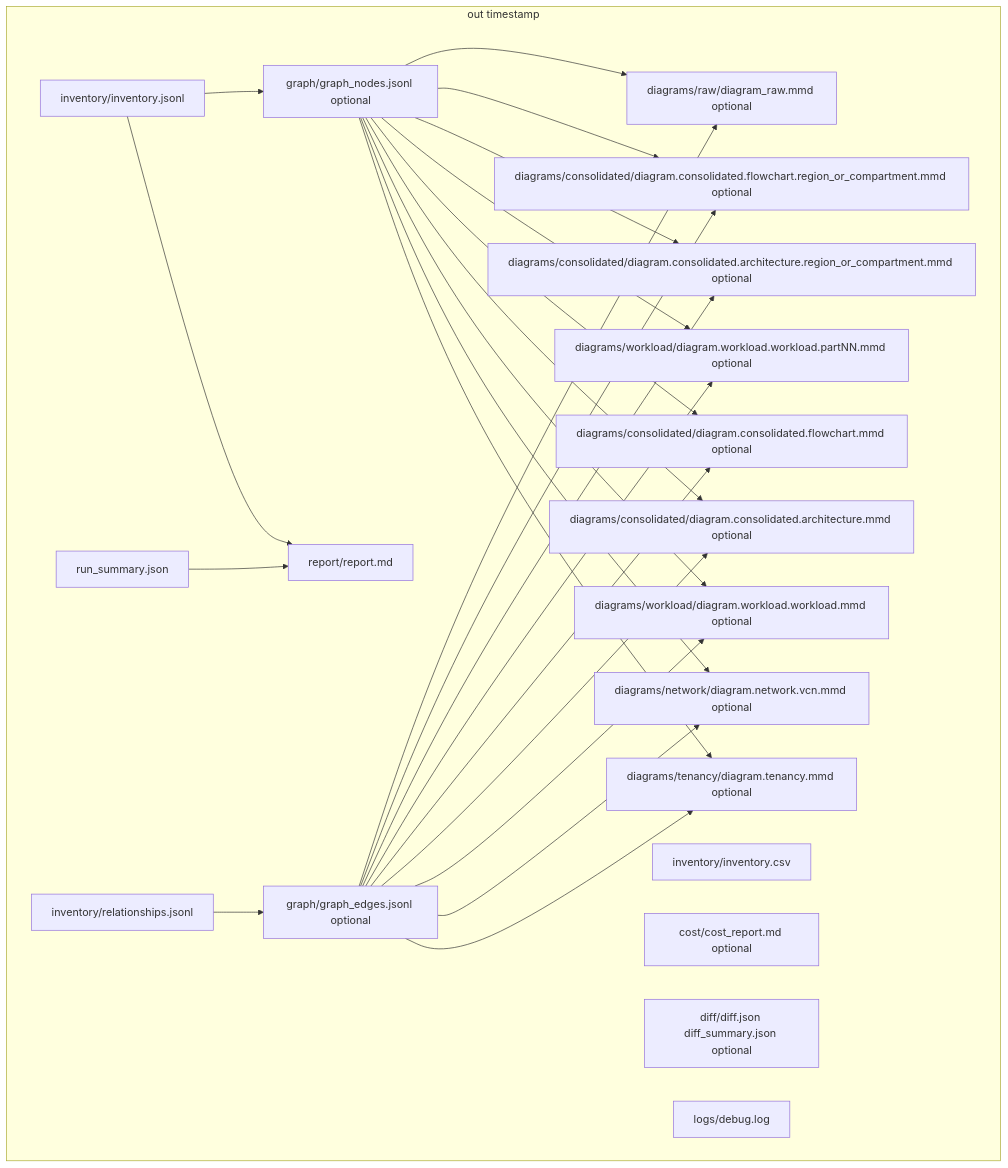
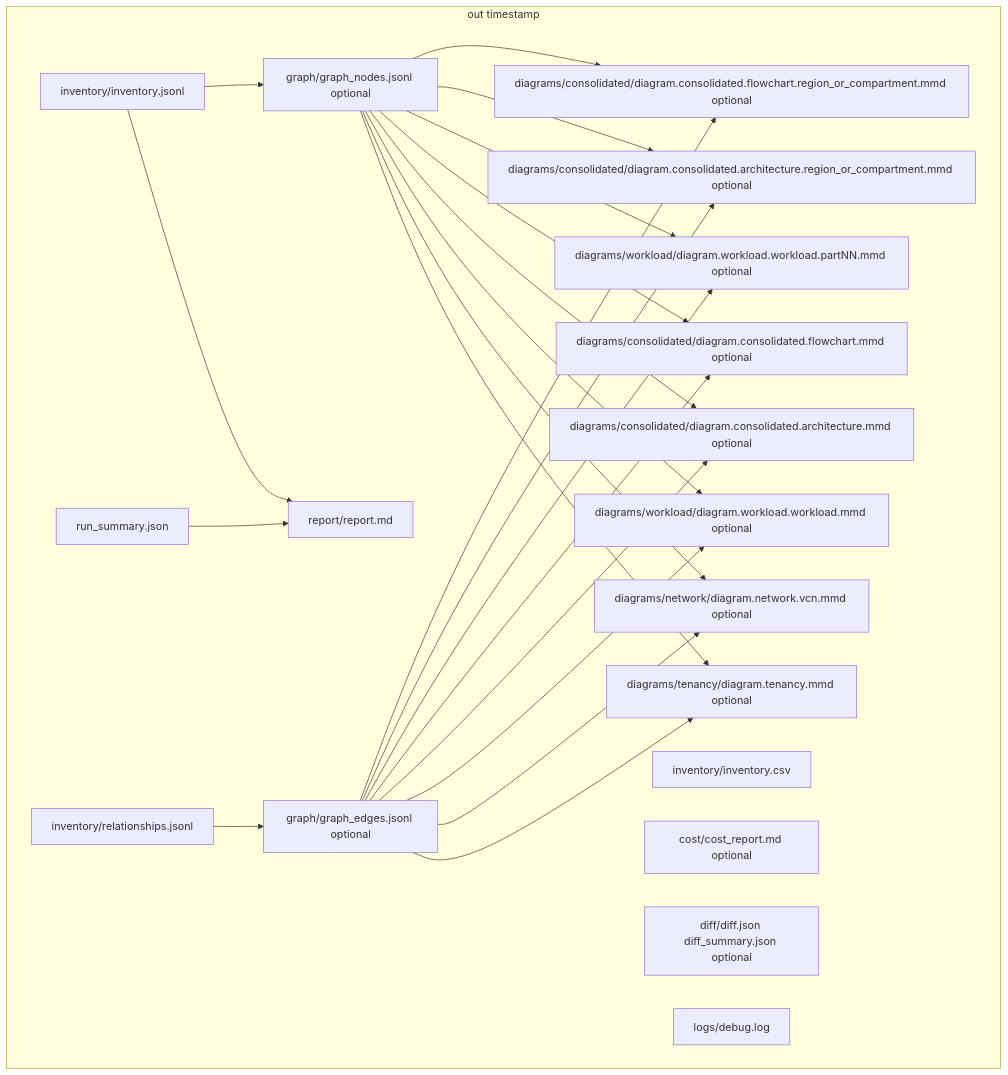
Before and after one commit to javierchan/oci: the second of 2 diagrams in inventory/README.md, drawn with Mermaid. The commit also changed other lines of this file and 15 other files, not shown here.

First line of the commit message:
Refactor diagram generation and remove raw diagram exports

````diff
--- a/inventory/README.md
+++ b/inventory/README.md
@@ -368,46 +368,43 @@
 ```mermaid
 flowchart TB
 subgraph out_ts[out timestamp]
     inv[inventory/inventory.jsonl]
     csv[inventory/inventory.csv]
     rel[inventory/relationships.jsonl]
     nodes[graph/graph_nodes.jsonl optional]
     edges[graph/graph_edges.jsonl optional]
-    raw[diagrams/raw/diagram_raw.mmd optional]
     ten[diagrams/tenancy/diagram.tenancy.mmd optional]
     net[diagrams/network/diagram.network.vcn.mmd optional]
     wl[diagrams/workload/diagram.workload.workload.mmd optional]
     wl_parts[diagrams/workload/diagram.workload.workload.partNN.mmd optional]
     cons[diagrams/consolidated/diagram.consolidated.architecture.mmd optional]
     cons_fc[diagrams/consolidated/diagram.consolidated.flowchart.mmd optional]
     cons_split[diagrams/consolidated/diagram.consolidated.architecture.region_or_compartment.mmd optional]
     cons_fc_split[diagrams/consolidated/diagram.consolidated.flowchart.region_or_compartment.mmd optional]
     rpt[report/report.md]
     sum[run_summary.json]
     cost[cost/cost_report.md optional]
     diff[diff/diff.json diff_summary.json optional]
     log[logs/debug.log]
   end
   inv --> rpt
   sum --> rpt
   inv --> nodes
   rel --> edges
   nodes --> ten
   edges --> ten
   nodes --> net
   edges --> net
   nodes --> wl
   edges --> wl
   nodes --> cons
   edges --> cons
   nodes --> cons_fc
   edges --> cons_fc
   nodes --> wl_parts
   edges --> wl_parts
   nodes --> cons_split
   edges --> cons_split
   nodes --> cons_fc_split
   edges --> cons_fc_split
-  nodes --> raw
-  edges --> raw
 ```
````
